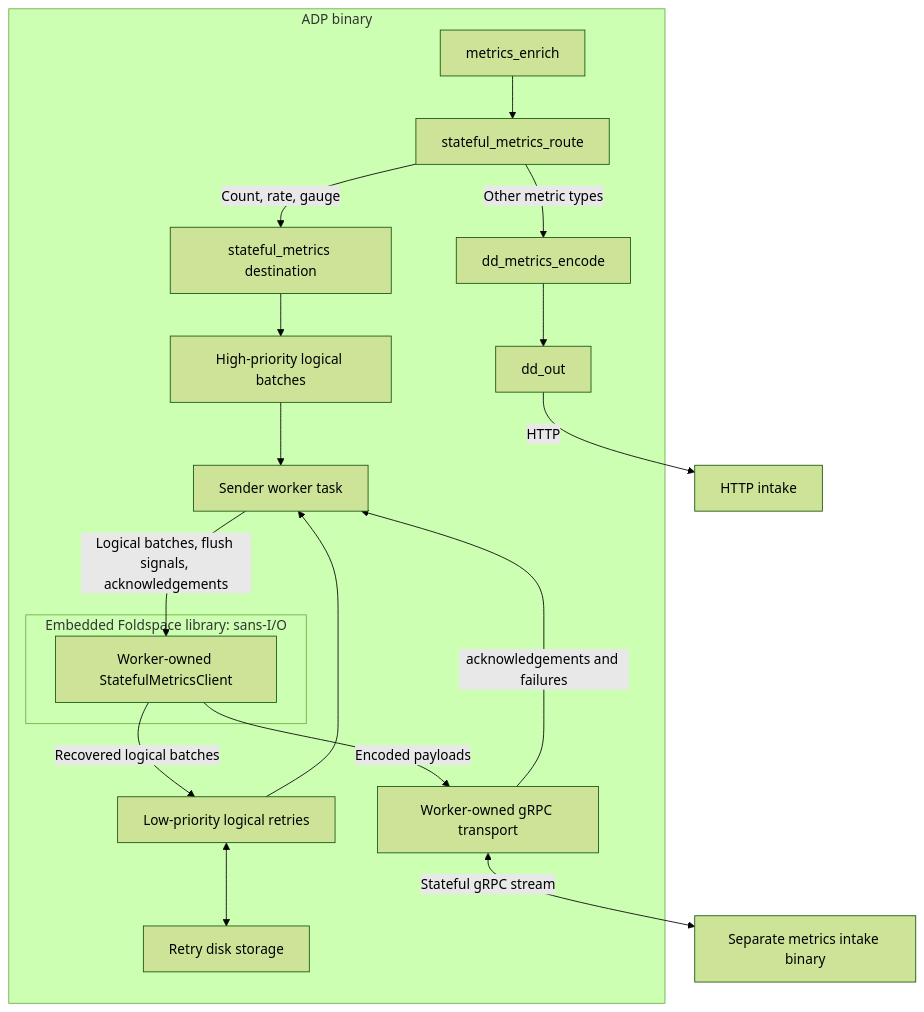
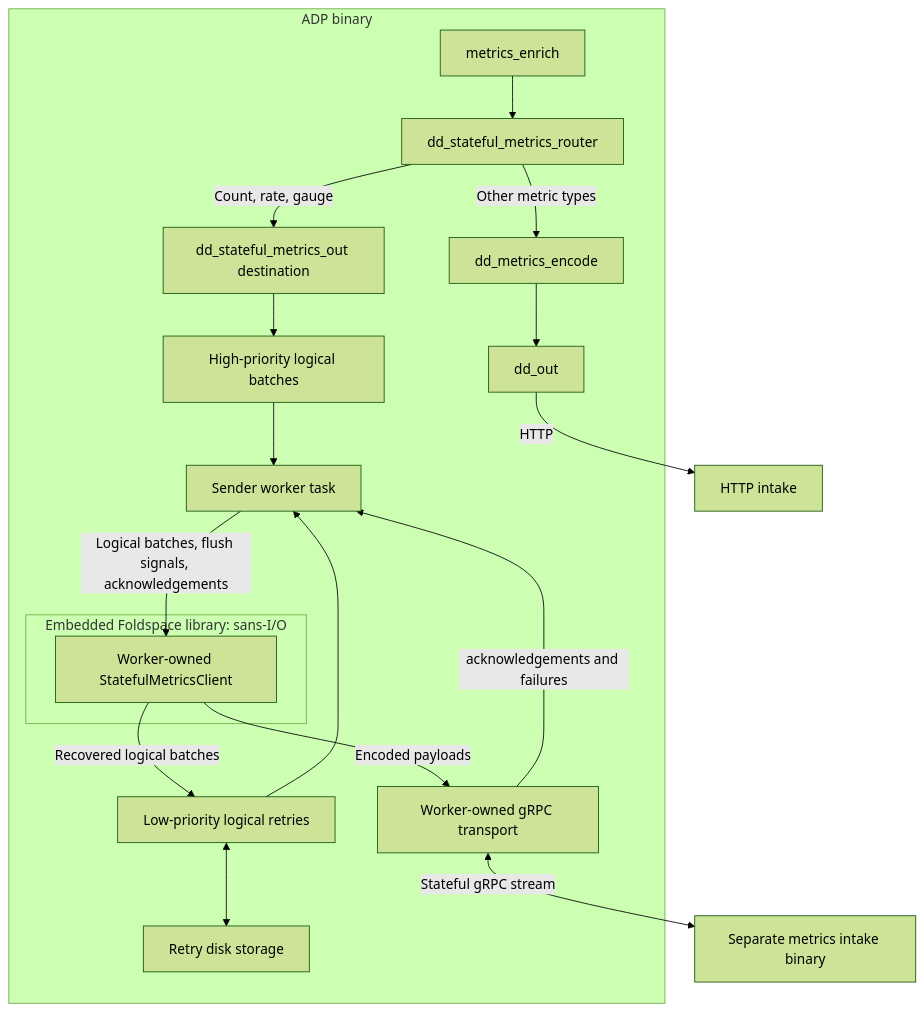
One commit to DataDog/saluki changed the diagram in docs/development/stateful-metrics.md. Above: the diagram before and after it, drawn with Mermaid (forest theme). The commit also changed other lines of this file and 3 other files, not shown here.

Commit message:
refactor(agent-data-plane): align stateful metrics component names

````diff
--- a/docs/development/stateful-metrics.md
+++ b/docs/development/stateful-metrics.md
@@ -11,22 +11,22 @@
 ```mermaid
 flowchart TB
     subgraph ADP[ADP binary]
-        Enrich[metrics_enrich] --> Route[stateful_metrics_route]
-        Route -->|Count, rate, gauge| Sender[stateful_metrics destination]
+        Enrich[metrics_enrich] --> Route[dd_stateful_metrics_router]
+        Route -->|Count, rate, gauge| Sender[dd_stateful_metrics_out destination]
         Route -->|Other metric types| Encode[dd_metrics_encode]
         Encode --> Out[dd_out]
         Sender --> High[High-priority logical batches]
         High --> Worker[Sender worker task]
         Low[Low-priority logical retries] --> Worker
         Low <--> Disk[Retry disk storage]
         subgraph Foldspace[Embedded Foldspace library: sans-I/O]
             Core[Worker-owned StatefulMetricsClient]
         end
         Worker -->|Logical batches, flush signals, acknowledgements| Core
         Core -->|Encoded payloads| Transport[Worker-owned gRPC transport]
         Transport -->|acknowledgements and failures| Worker
         Core -->|Recovered logical batches| Low
     end
     Transport <-->|Stateful gRPC stream| Intake[Separate metrics intake binary]
     Out -->|HTTP| HTTP[HTTP intake]
 ```
````
